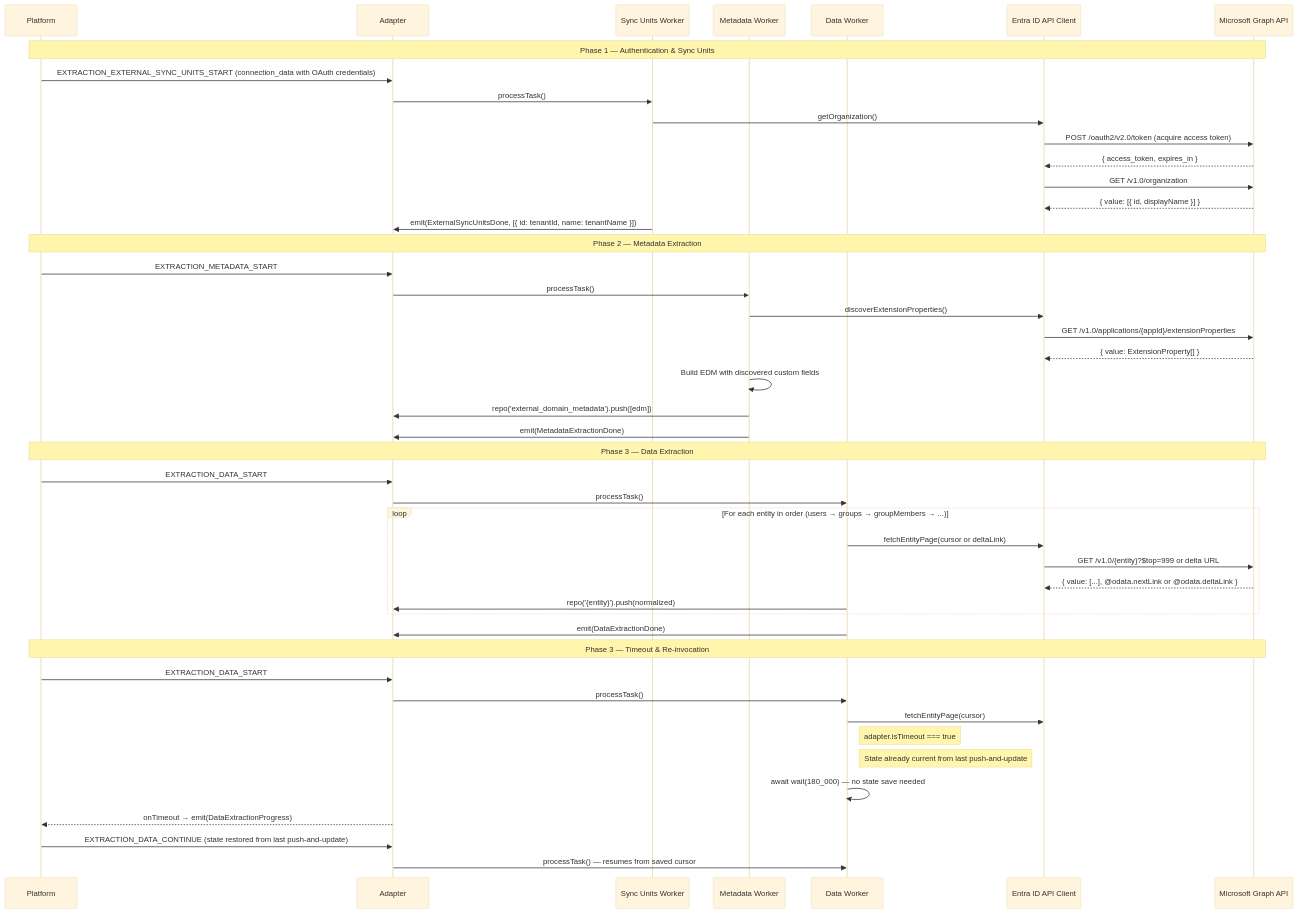
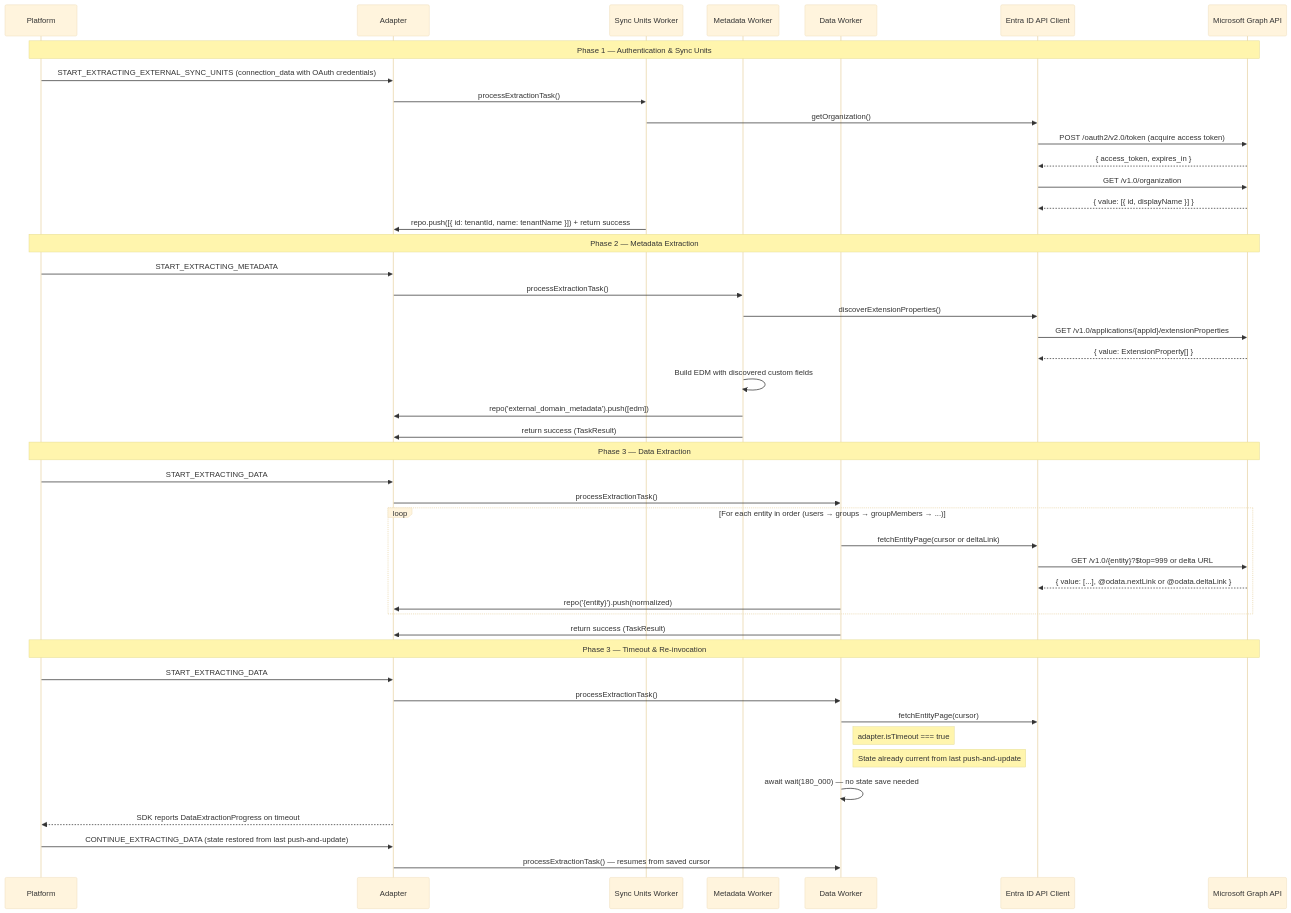
Before and after one commit to DevRev-Labs/airsync-azure-entra-id-snap-in: the second of 5 diagrams in TECHNICAL_DESIGN_DOC.md, drawn with Mermaid (base theme). The commit also changed other lines of this file and 28 other files, not shown here.

First line of the commit message:
Connector-review fixes: migrate to airsync-sdk 2.0, 429 handling, worker coverage (LABS-579) (#33)

````diff
--- a/TECHNICAL_DESIGN_DOC.md
+++ b/TECHNICAL_DESIGN_DOC.md
@@ -378,52 +378,52 @@
 ```mermaid
 sequenceDiagram
     participant Platform
     participant Adapter
     participant SyncUnitsWorker as Sync Units Worker
     participant MetadataWorker as Metadata Worker
     participant DataWorker as Data Worker
     participant APIClient as Entra ID API Client
     participant ExternalAPI as Microsoft Graph API
 
     Note over Platform,ExternalAPI: Phase 1 — Authentication & Sync Units
-    Platform->>Adapter: EXTRACTION_EXTERNAL_SYNC_UNITS_START (connection_data with OAuth credentials)
-    Adapter->>SyncUnitsWorker: processTask()
+    Platform->>Adapter: START_EXTRACTING_EXTERNAL_SYNC_UNITS (connection_data with OAuth credentials)
+    Adapter->>SyncUnitsWorker: processExtractionTask()
     SyncUnitsWorker->>APIClient: getOrganization()
     APIClient->>ExternalAPI: POST /oauth2/v2.0/token (acquire access token)
     ExternalAPI-->>APIClient: { access_token, expires_in }
     APIClient->>ExternalAPI: GET /v1.0/organization
     ExternalAPI-->>APIClient: { value: [{ id, displayName }] }
-    SyncUnitsWorker->>Adapter: emit(ExternalSyncUnitsDone, [{ id: tenantId, name: tenantName }])
+    SyncUnitsWorker->>Adapter: repo.push([{ id: tenantId, name: tenantName }]) + return success
 
     Note over Platform,ExternalAPI: Phase 2 — Metadata Extraction
-    Platform->>Adapter: EXTRACTION_METADATA_START
-    Adapter->>MetadataWorker: processTask()
+    Platform->>Adapter: START_EXTRACTING_METADATA
+    Adapter->>MetadataWorker: processExtractionTask()
     MetadataWorker->>APIClient: discoverExtensionProperties()
     APIClient->>ExternalAPI: GET /v1.0/applications/{appId}/extensionProperties
     ExternalAPI-->>APIClient: { value: ExtensionProperty[] }
     MetadataWorker->>MetadataWorker: Build EDM with discovered custom fields
     MetadataWorker->>Adapter: repo('external_domain_metadata').push([edm])
-    MetadataWorker->>Adapter: emit(MetadataExtractionDone)
+    MetadataWorker->>Adapter: return success (TaskResult)
 
     Note over Platform,ExternalAPI: Phase 3 — Data Extraction
-    Platform->>Adapter: EXTRACTION_DATA_START
-    Adapter->>DataWorker: processTask()
+    Platform->>Adapter: START_EXTRACTING_DATA
+    Adapter->>DataWorker: processExtractionTask()
     loop For each entity in order (users → groups → groupMembers → ...)
         DataWorker->>APIClient: fetchEntityPage(cursor or deltaLink)
         APIClient->>ExternalAPI: GET /v1.0/{entity}?$top=999 or delta URL
         ExternalAPI-->>APIClient: { value: [...], @odata.nextLink or @odata.deltaLink }
         DataWorker->>Adapter: repo('{entity}').push(normalized)
     end
-    DataWorker->>Adapter: emit(DataExtractionDone)
+    DataWorker->>Adapter: return success (TaskResult)
 
     Note over Platform,ExternalAPI: Phase 3 — Timeout & Re-invocation
-    Platform->>Adapter: EXTRACTION_DATA_START
-    Adapter->>DataWorker: processTask()
+    Platform->>Adapter: START_EXTRACTING_DATA
+    Adapter->>DataWorker: processExtractionTask()
     DataWorker->>APIClient: fetchEntityPage(cursor)
     Note right of DataWorker: adapter.isTimeout === true
     Note right of DataWorker: State already current from last push-and-update
     DataWorker->>DataWorker: await wait(180_000) — no state save needed
-    Adapter-->>Platform: onTimeout → emit(DataExtractionProgress)
-    Platform->>Adapter: EXTRACTION_DATA_CONTINUE (state restored from last push-and-update)
-    Adapter->>DataWorker: processTask() — resumes from saved cursor
+    Adapter-->>Platform: SDK reports DataExtractionProgress on timeout
+    Platform->>Adapter: CONTINUE_EXTRACTING_DATA (state restored from last push-and-update)
+    Adapter->>DataWorker: processExtractionTask() — resumes from saved cursor
 ```
````
